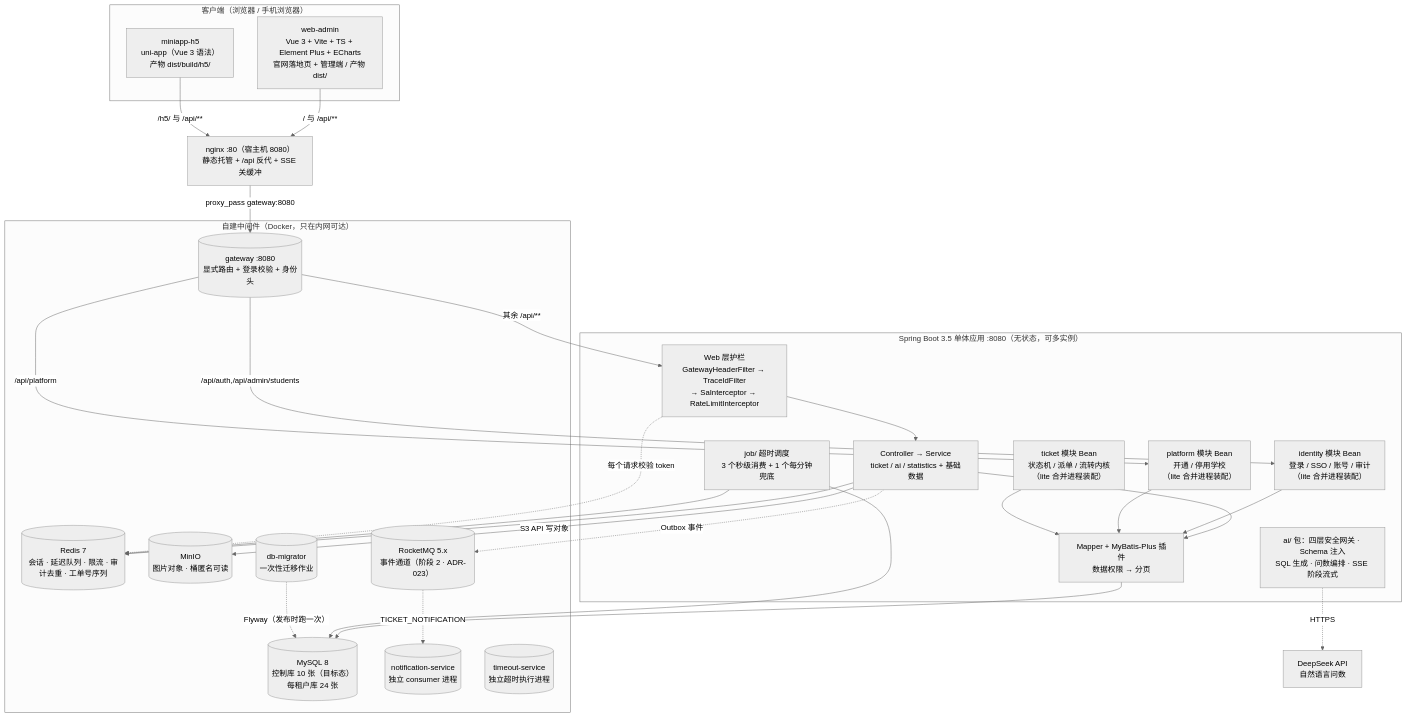
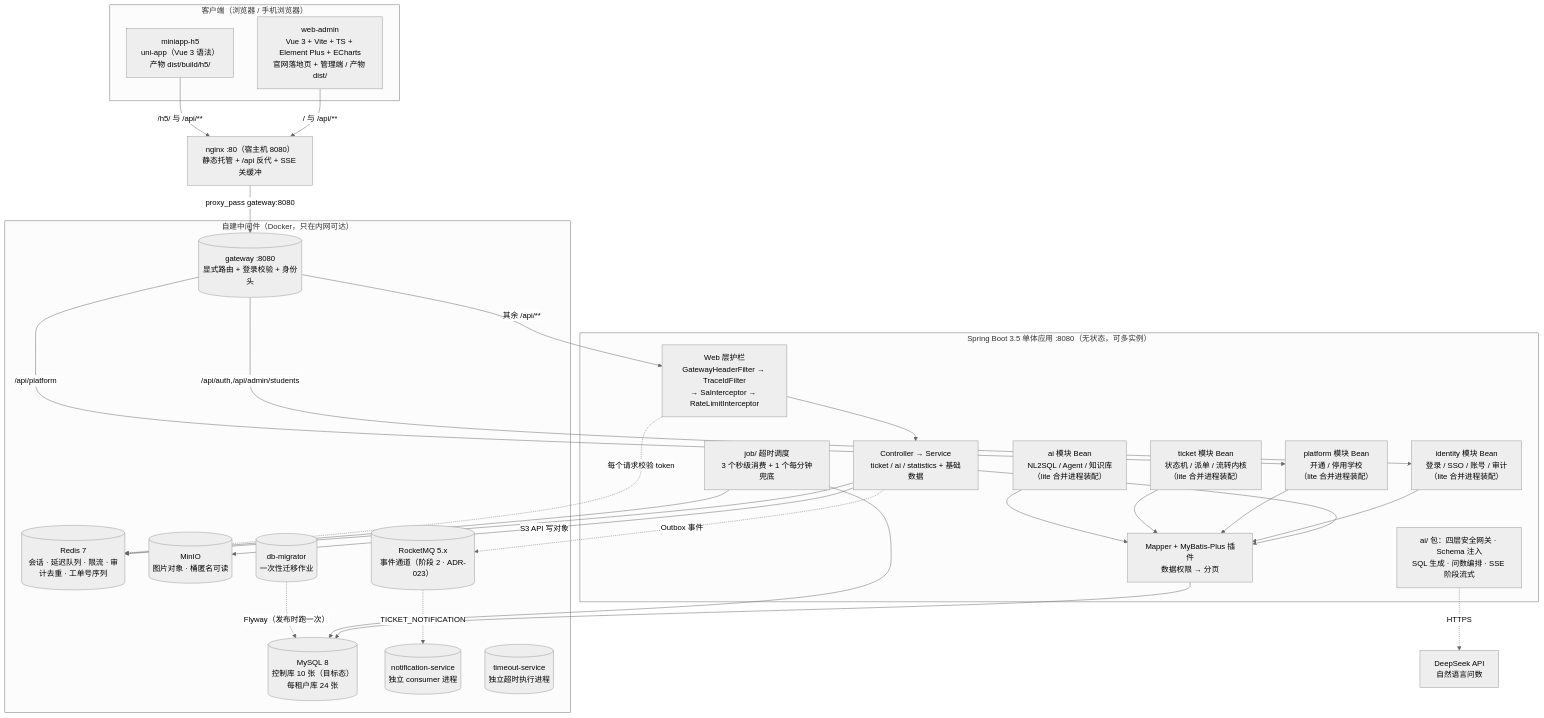
One commit to bluemalic/repair-platform changed the second of 14 diagrams in docs/06-架构图.md. Above: the diagram before and after it, drawn with Mermaid (neutral theme). The commit also changed 6 other files, not shown here.

````diff
--- a/docs/06-架构图.md
+++ b/docs/06-架构图.md
@@ -80,55 +80,57 @@
 ```mermaid
 flowchart TB
     subgraph client["客户端（浏览器 / 手机浏览器）"]
         adminApp["web-admin<br/>Vue 3 + Vite + TS + Element Plus + ECharts<br/>官网落地页 + 管理端 / 产物 dist/"]
         h5App["miniapp-h5<br/>uni-app（Vue 3 语法）<br/>产物 dist/build/h5/"]
     end
 
     nginx["nginx :80（宿主机 8080）<br/>静态托管 + /api 反代 + SSE 关缓冲"]
 
     subgraph boot["Spring Boot 3.5 单体应用 :8080（无状态，可多实例）"]
         guard["Web 层护栏<br/>GatewayHeaderFilter → TraceIdFilter<br/>→ SaInterceptor → RateLimitInterceptor"]
         biz["Controller → Service<br/>ticket / ai / statistics + 基础数据"]
         orm["Mapper + MyBatis-Plus 插件<br/>数据权限 → 分页"]
         sched["job/ 超时调度<br/>3 个秒级消费 + 1 个每分钟兜底"]
         aiPkg["ai/ 包：四层安全网关 · Schema 注入<br/>SQL 生成 · 问数编排 · SSE 阶段流式"]
         idx["identity 模块 Bean<br/>登录 / SSO / 账号 / 审计<br/>（lite 合并进程装配）"]
         pfm["platform 模块 Bean<br/>开通 / 停用学校<br/>（lite 合并进程装配）"]
         tkm["ticket 模块 Bean<br/>状态机 / 派单 / 流转内核<br/>（lite 合并进程装配）"]
+        aim["ai 模块 Bean<br/>NL2SQL / Agent / 知识库<br/>（lite 合并进程装配）"]
     end
 
     subgraph infra["自建中间件（Docker，只在内网可达）"]
         mysql[("MySQL 8<br/>控制库 10 张（目标态）<br/>每租户库 24 张")]
         redis[("Redis 7<br/>会话 · 延迟队列 · 限流 · 审计去重 · 工单号序列")]
         minio[("MinIO<br/>图片对象 · 桶匿名可读")]
         rocketmq[("RocketMQ 5.x<br/>事件通道（阶段 2 · ADR-023）")]
         notification[("notification-service<br/>独立 consumer 进程")]
         timeout[("timeout-service<br/>独立超时执行进程")]
         gateway[("gateway :8080<br/>显式路由 + 登录校验 + 身份头")]
         migrator[("db-migrator<br/>一次性迁移作业")]
     end
 
     deepseek["DeepSeek API<br/>自然语言问数"]
 
     adminApp -->|"/ 与 /api/**"| nginx
     h5App -->|"/h5/ 与 /api/**"| nginx
     nginx -->|"proxy_pass gateway:8080"| gateway
     gateway -->|"/api/auth,/api/admin/students"| idx
     gateway -->|"/api/platform"| pfm
     gateway -->|"其余 /api/**"| guard
     guard --> biz
     biz --> orm
     idx --> orm
     pfm --> orm
     tkm --> orm
+    aim --> orm
     orm --> mysql
     biz --> redis
     biz -->|"S3 API 写对象"| minio
     biz -.->|"Outbox 事件"| rocketmq
     rocketmq -.->|"TICKET_NOTIFICATION"| notification
     sched --> redis
     sched --> mysql
     guard -.->|"每个请求校验 token"| redis
     aiPkg -.->|"HTTPS"| deepseek
     migrator -.->|"Flyway（发布时跑一次）"| mysql
 ```
````
